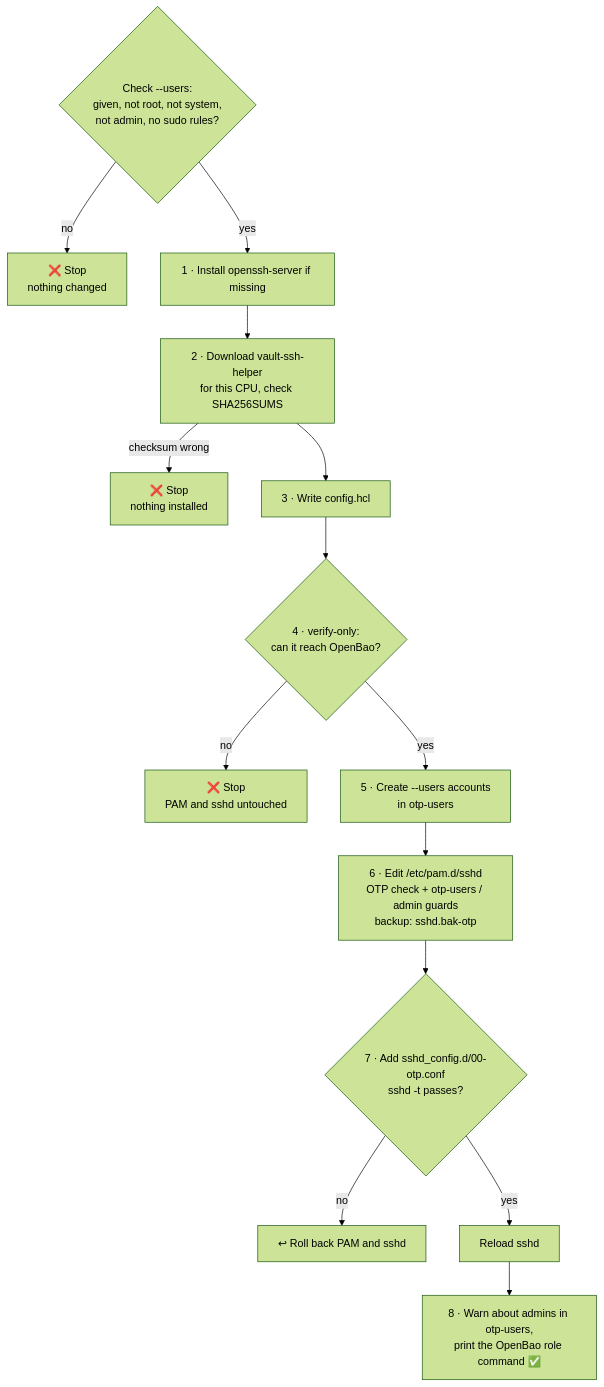
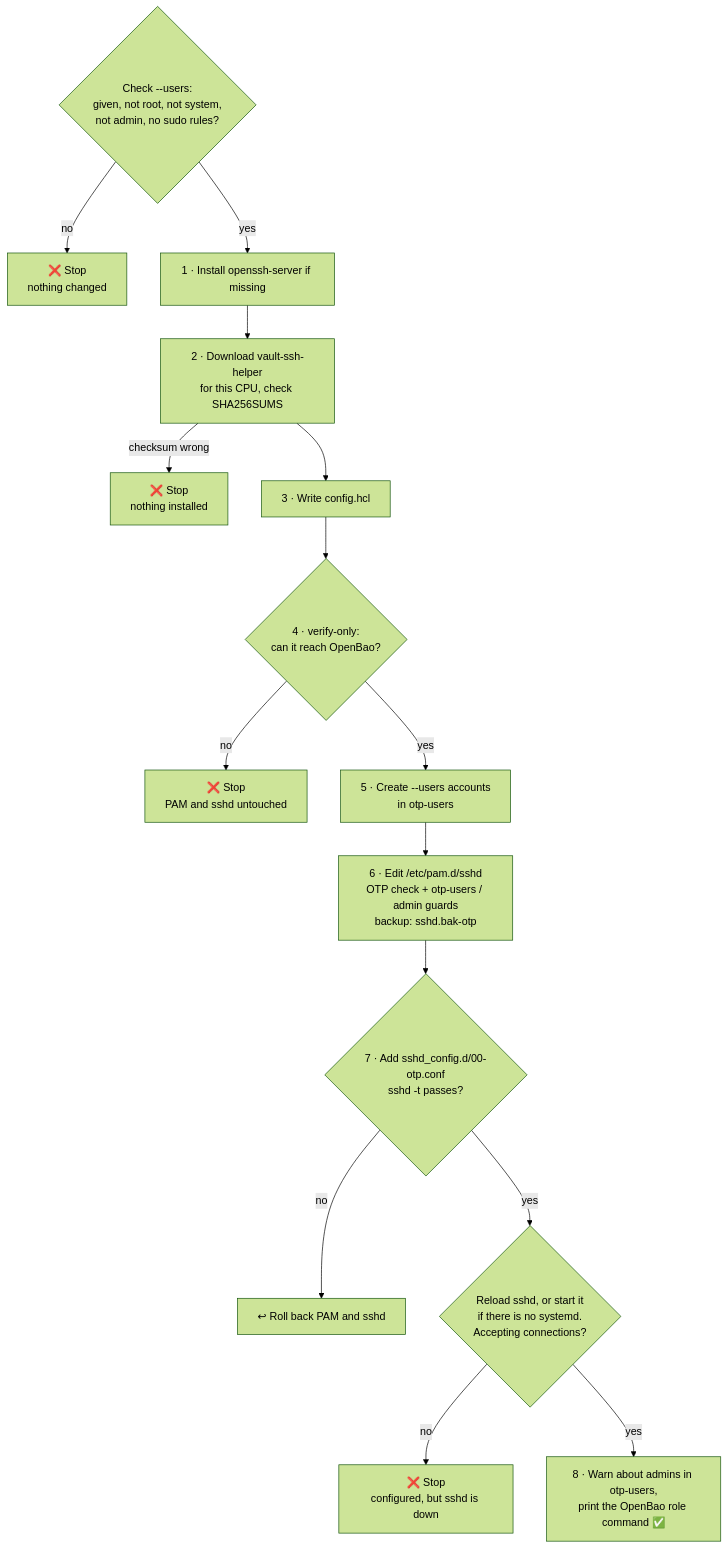
The diagram in docs/real-server.md (muthanii/otp-lab), drawn with Mermaid (forest theme) before and after one commit. The commit also changed 2 other files, not shown here.

Commit message:
feat: start sshd if needed, check it accepts connections, and colour the output
setup-otp-target.sh now makes sure sshd is running before it reports
success. With systemd it reloads (or restarts) sshd; without systemd,
as in containers, it starts sshd or sends it SIGHUP. Then it checks that
sshd accepts connections on its configured port and fails with a clear
error if not.

systemd is now detected through /run/systemd/system instead of
`systemctl is-system-running`, which fails on servers where any unit has
failed, so on those servers sshd was never reloaded.

Output is coloured (steps, successes, warnings, errors) when it goes to
a terminal, and plain when piped, redirected or when NO_COLOR is set.
A failed OpenBao connection check now suggests checking the address and
port.

````diff
--- a/docs/real-server.md
+++ b/docs/real-server.md
@@ -16,15 +16,16 @@
 ```mermaid
 flowchart TD
     S0{"Check --users:<br/>given, not root, not system,<br/>not admin, no sudo rules?"} -- no --> STOPU["❌ Stop<br/>nothing changed"]
     S0 -- yes --> S1["1 · Install openssh-server if missing"] --> S2["2 · Download vault-ssh-helper<br/>for this CPU, check SHA256SUMS"]
     S2 -- "checksum wrong" --> STOP0["❌ Stop<br/>nothing installed"]
     S2 --> S3["3 · Write config.hcl"]
     S3 --> S4{"4 · verify-only:<br/>can it reach OpenBao?"}
     S4 -- no --> STOP1["❌ Stop<br/>PAM and sshd untouched"]
     S4 -- yes --> S5["5 · Create --users accounts<br/>in otp-users"]
     S5 --> S6["6 · Edit /etc/pam.d/sshd<br/>OTP check + otp-users / admin guards<br/>backup: sshd.bak-otp"]
     S6 --> S7{"7 · Add sshd_config.d/00-otp.conf<br/>sshd -t passes?"}
     S7 -- no --> STOP2["↩ Roll back PAM and sshd"]
-    S7 -- yes --> S8["Reload sshd"]
-    S8 --> S9["8 · Warn about admins in otp-users,<br/>print the OpenBao role command ✅"]
+    S7 -- yes --> S8{"Reload sshd, or start it<br/>if there is no systemd.<br/>Accepting connections?"}
+    S8 -- no --> STOP3["❌ Stop<br/>configured, but sshd is down"]
+    S8 -- yes --> S9["8 · Warn about admins in otp-users,<br/>print the OpenBao role command ✅"]
 ```
````
